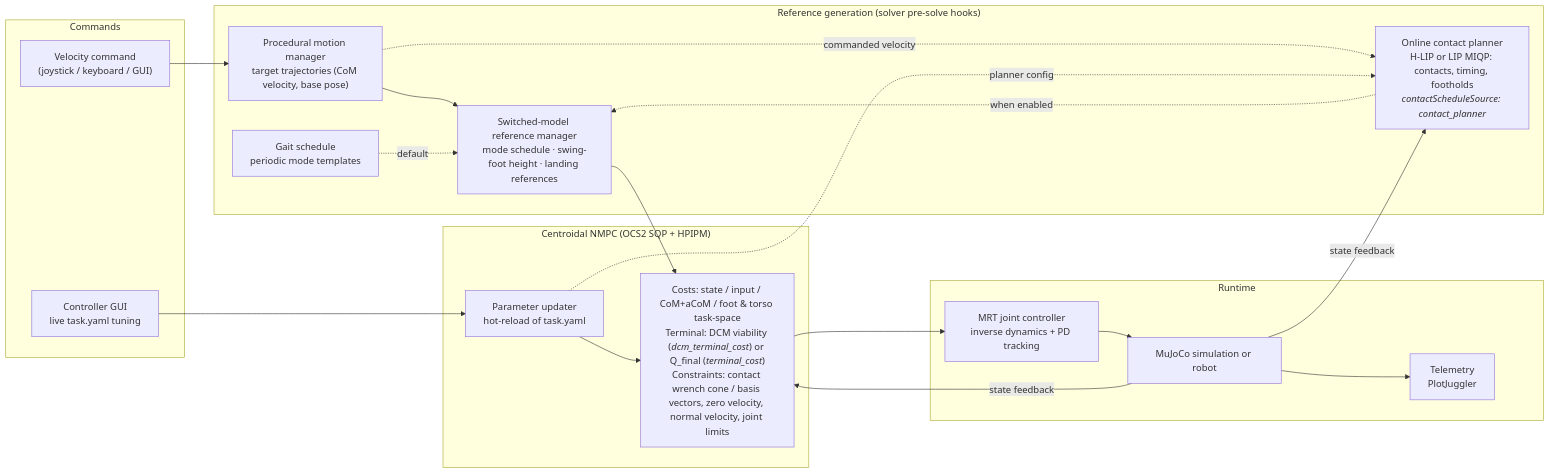
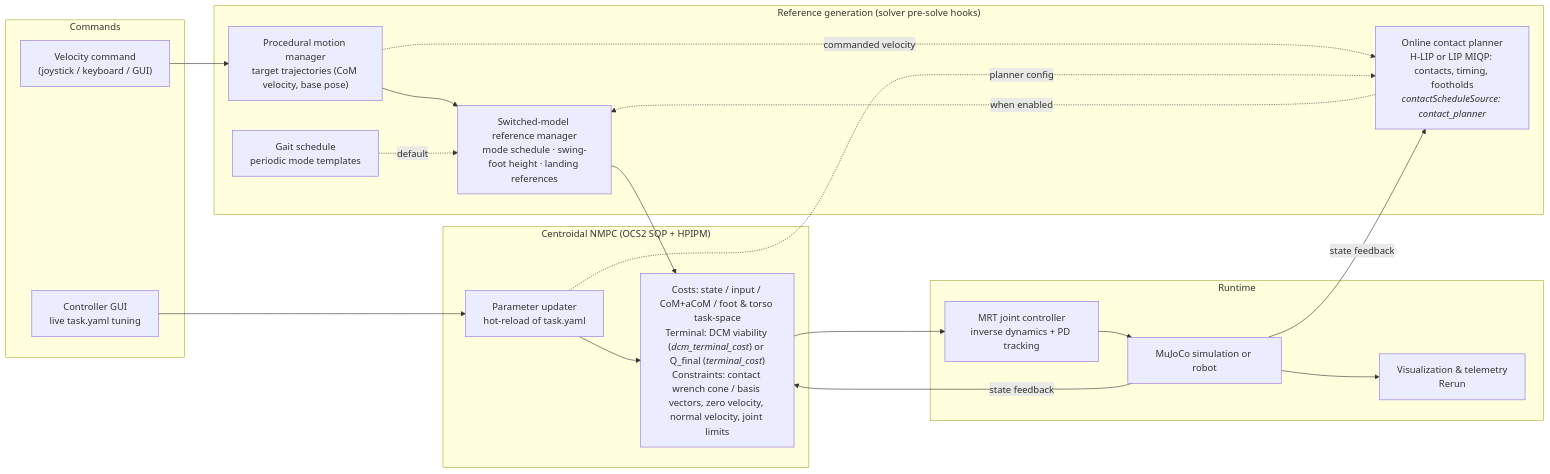
The diagram in README.md (nicholaspalomo/wb_humanoid_mpc), drawn with Mermaid before and after one commit. The commit also changed other lines of this file and 2112 other files, not shown here.

````diff
--- a/README.md
+++ b/README.md
@@ -21,40 +21,40 @@
 ```mermaid
 flowchart LR
     subgraph cmd["Commands"]
         VEL["Velocity command<br/>(joystick / keyboard / GUI)"]
         GUI["Controller GUI<br/>live task.yaml tuning"]
     end
 
     subgraph ref["Reference generation (solver pre-solve hooks)"]
         MM["Procedural motion manager<br/>target trajectories (CoM velocity, base pose)"]
         GS["Gait schedule<br/>periodic mode templates"]
         CP["Online contact planner<br/>H-LIP or LIP MIQP: contacts, timing, footholds<br/><i>contactScheduleSource: contact_planner</i>"]
         RM["Switched-model reference manager<br/>mode schedule · swing-foot height · landing references"]
     end
 
     subgraph mpc["Centroidal NMPC (OCS2 SQP + HPIPM)"]
         OCP["Costs: state / input / CoM+aCoM / foot & torso task-space<br/>Terminal: DCM viability (<i>dcm_terminal_cost</i>) or Q_final (<i>terminal_cost</i>)<br/>Constraints: contact wrench cone / basis vectors, zero velocity, normal velocity, joint limits"]
         UPD["Parameter updater<br/>hot-reload of task.yaml"]
     end
 
     subgraph rt["Runtime"]
         MRT["MRT joint controller<br/>inverse dynamics + PD tracking"]
         SIM["MuJoCo simulation or robot"]
-        TEL["Telemetry<br/>PlotJuggler"]
+        TEL["Visualization & telemetry<br/>Rerun"]
     end
 
     VEL --> MM
     MM --> RM
     GS -. "default" .-> RM
     CP -. "when enabled" .-> RM
     MM -. "commanded velocity" .-> CP
     RM --> OCP
     OCP --> MRT
     MRT --> SIM
     SIM -- "state feedback" --> OCP
     SIM -- "state feedback" --> CP
     GUI --> UPD
     UPD --> OCP
     UPD -. "planner config" .-> CP
     SIM --> TEL
 ```
````
